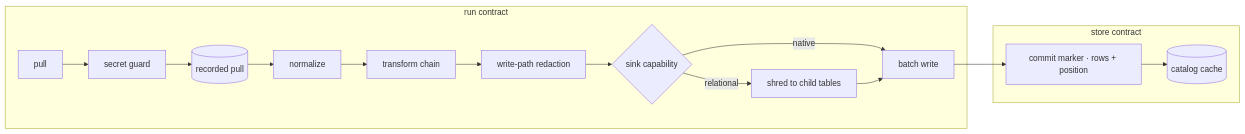
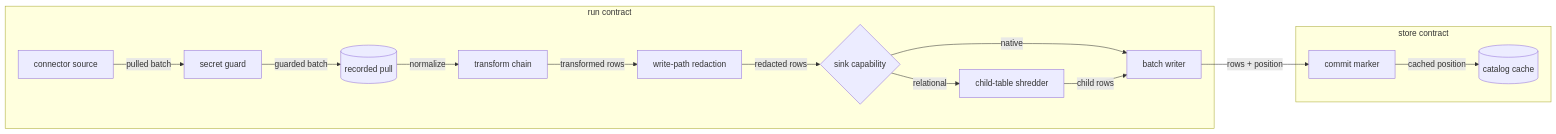
Before and after one commit to fractalboxdev/contextful: the second of 4 diagrams in spec/31-pipeline.md, drawn with Mermaid. The commit also changed other lines of this file and 44 other files, not shown here.

First line of the commit message:
spec: diagrams draw entities and flows, and the checker enforces it (#12)

````diff
--- a/spec/31-pipeline.md
+++ b/spec/31-pipeline.md
@@ -179,19 +175,19 @@
 ```mermaid
 flowchart LR
   subgraph RUNC["run contract"]
-    P[pull] --> G[secret guard]
-    G --> J[(recorded pull)]
-    J --> N[normalize]
-    N --> T[transform chain]
-    T --> R[write-path redaction]
-    R --> S{sink capability}
-    S -->|native| W[batch write]
-    S -->|relational| X[shred to child tables] --> W
+    SRC["connector source"] -->|"pulled batch"| G["secret guard"]
+    G -->|"guarded batch"| J[("recorded pull")]
+    J -->|"normalize"| T["transform chain"]
+    T -->|"transformed rows"| R["write-path redaction"]
+    R -->|"redacted rows"| S{"sink capability"}
+    S -->|"native"| W["batch writer"]
+    S -->|"relational"| X["child-table shredder"]
+    X -->|"child rows"| W
   end
   subgraph STORE["store contract"]
-    C["commit marker · rows + position"]
-    K[(catalog cache)]
+    C["commit marker"]
+    K[("catalog cache")]
   end
-  W --> C
-  C --> K
+  W -->|"rows + position"| C
+  C -->|"cached position"| K
 ```
````
